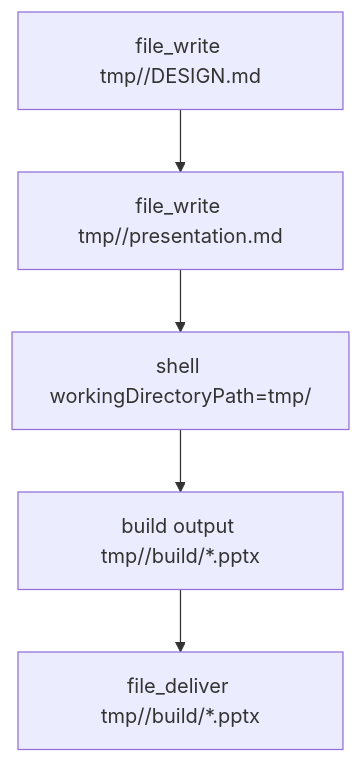
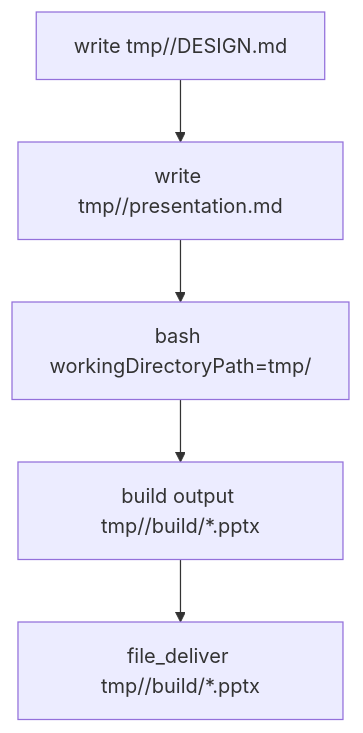
The second of 3 diagrams in docs/internal/architecture.md (yeomyeonggeori/internkim), drawn with Mermaid before and after one commit. The commit also changed other lines of this file and 1 other file, not shown here.

Commit message:
refactor: align current kernel guidance and restored tool names
The superseded-section note still named the kernel it was superseding,
so a reader who stopped at the banner learned the old vocabulary.

````diff
--- a/docs/internal/architecture.md
+++ b/docs/internal/architecture.md
@@ -123,7 +123,7 @@
 ```mermaid
 flowchart TD
-  A["file_write tmp/<slug>/DESIGN.md"] --> B["file_write tmp/<slug>/presentation.md"]
-  B --> C["shell workingDirectoryPath=tmp/<slug>"]
+  A["write tmp/<slug>/DESIGN.md"] --> B["write tmp/<slug>/presentation.md"]
+  B --> C["bash workingDirectoryPath=tmp/<slug>"]
   C --> D["build output tmp/<slug>/build/*.pptx"]
   D --> E["file_deliver tmp/<slug>/build/*.pptx"]
 ```
````
